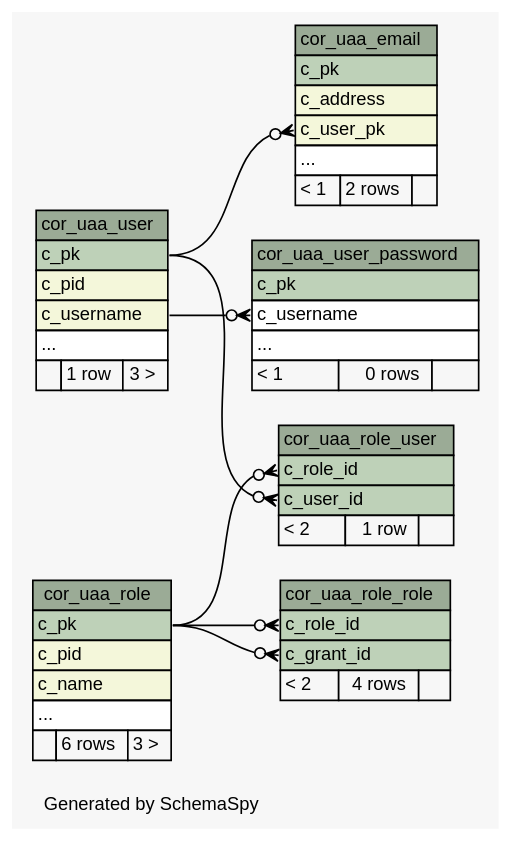
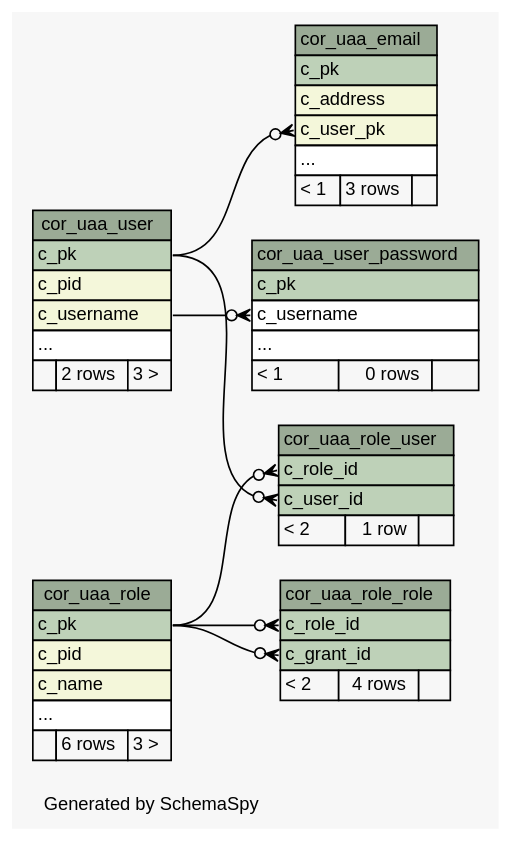
One commit to openwms/org.openwms.core.uaa changed the diagram in 2.0.0-SNAPSHOT/schemaspy/diagrams/summary/relationships.real.compact.dot. Above: the diagram before and after it, drawn with Graphviz. The commit also changed 324 other files, not shown here.

```diff
--- a/2.0.0-SNAPSHOT/schemaspy/diagrams/summary/relationships.real.compact.dot
+++ b/2.0.0-SNAPSHOT/schemaspy/diagrams/summary/relationships.real.compact.dot
@@ -1,101 +1,101 @@
 // dot 2.43.0 on Linux 5.15.0-1020-azure
 // SchemaSpy rev Unknown
 digraph "compactRelationshipsDiagram" {
   graph [
     rankdir="RL"
     bgcolor="#f7f7f7"
     label="\nGenerated by SchemaSpy"
     labeljust="l"
     nodesep="0.18"
     ranksep="0.46"
     fontname="Helvetica"
     fontsize="11"
   ];
   node [
     fontname="Helvetica"
     fontsize="11"
     shape="plaintext"
   ];
   edge [
     arrowsize="0.8"
   ];
   "cor_uaa_email" [
     label=<
     <TABLE BORDER="0" CELLBORDER="1" CELLSPACING="0" BGCOLOR="#ffffff">
       <TR><TD COLSPAN="3" BGCOLOR="#9bab96" ALIGN="CENTER">cor_uaa_email</TD></TR>
       <TR><TD PORT="c_pk" COLSPAN="3" BGCOLOR="#bed1b8" ALIGN="LEFT">c_pk</TD></TR>
       <TR><TD PORT="c_address" COLSPAN="3" BGCOLOR="#f4f7da" ALIGN="LEFT">c_address</TD></TR>
       <TR><TD PORT="c_user_pk" COLSPAN="3" BGCOLOR="#f4f7da" ALIGN="LEFT">c_user_pk</TD></TR>
       <TR><TD PORT="elipses" COLSPAN="3" ALIGN="LEFT">...</TD></TR>
-      <TR><TD ALIGN="LEFT" BGCOLOR="#f7f7f7">&lt; 1</TD><TD ALIGN="RIGHT" BGCOLOR="#f7f7f7">2 rows</TD><TD ALIGN="RIGHT" BGCOLOR="#f7f7f7">  </TD></TR>
+      <TR><TD ALIGN="LEFT" BGCOLOR="#f7f7f7">&lt; 1</TD><TD ALIGN="RIGHT" BGCOLOR="#f7f7f7">3 rows</TD><TD ALIGN="RIGHT" BGCOLOR="#f7f7f7">  </TD></TR>
     </TABLE>>
     URL="tables/cor_uaa_email.html"
     tooltip="cor_uaa_email"
   ];
   "cor_uaa_role" [
     label=<
     <TABLE BORDER="0" CELLBORDER="1" CELLSPACING="0" BGCOLOR="#ffffff">
       <TR><TD COLSPAN="3" BGCOLOR="#9bab96" ALIGN="CENTER">cor_uaa_role</TD></TR>
       <TR><TD PORT="c_pk" COLSPAN="3" BGCOLOR="#bed1b8" ALIGN="LEFT">c_pk</TD></TR>
       <TR><TD PORT="c_pid" COLSPAN="3" BGCOLOR="#f4f7da" ALIGN="LEFT">c_pid</TD></TR>
       <TR><TD PORT="c_name" COLSPAN="3" BGCOLOR="#f4f7da" ALIGN="LEFT">c_name</TD></TR>
       <TR><TD PORT="elipses" COLSPAN="3" ALIGN="LEFT">...</TD></TR>
       <TR><TD ALIGN="LEFT" BGCOLOR="#f7f7f7">  </TD><TD ALIGN="RIGHT" BGCOLOR="#f7f7f7">6 rows</TD><TD ALIGN="RIGHT" BGCOLOR="#f7f7f7">3 &gt;</TD></TR>
     </TABLE>>
     URL="tables/cor_uaa_role.html"
     tooltip="cor_uaa_role"
   ];
   "cor_uaa_role_role" [
     label=<
     <TABLE BORDER="0" CELLBORDER="1" CELLSPACING="0" BGCOLOR="#ffffff">
       <TR><TD COLSPAN="3" BGCOLOR="#9bab96" ALIGN="CENTER">cor_uaa_role_role</TD></TR>
       <TR><TD PORT="c_role_id" COLSPAN="3" BGCOLOR="#bed1b8" ALIGN="LEFT">c_role_id</TD></TR>
       <TR><TD PORT="c_grant_id" COLSPAN="3" BGCOLOR="#bed1b8" ALIGN="LEFT">c_grant_id</TD></TR>
       <TR><TD ALIGN="LEFT" BGCOLOR="#f7f7f7">&lt; 2</TD><TD ALIGN="RIGHT" BGCOLOR="#f7f7f7">4 rows</TD><TD ALIGN="RIGHT" BGCOLOR="#f7f7f7">  </TD></TR>
     </TABLE>>
     URL="tables/cor_uaa_role_role.html"
     tooltip="cor_uaa_role_role"
   ];
   "cor_uaa_role_user" [
     label=<
     <TABLE BORDER="0" CELLBORDER="1" CELLSPACING="0" BGCOLOR="#ffffff">
       <TR><TD COLSPAN="3" BGCOLOR="#9bab96" ALIGN="CENTER">cor_uaa_role_user</TD></TR>
       <TR><TD PORT="c_role_id" COLSPAN="3" BGCOLOR="#bed1b8" ALIGN="LEFT">c_role_id</TD></TR>
       <TR><TD PORT="c_user_id" COLSPAN="3" BGCOLOR="#bed1b8" ALIGN="LEFT">c_user_id</TD></TR>
       <TR><TD ALIGN="LEFT" BGCOLOR="#f7f7f7">&lt; 2</TD><TD ALIGN="RIGHT" BGCOLOR="#f7f7f7">1 row</TD><TD ALIGN="RIGHT" BGCOLOR="#f7f7f7">  </TD></TR>
     </TABLE>>
     URL="tables/cor_uaa_role_user.html"
     tooltip="cor_uaa_role_user"
   ];
   "cor_uaa_user" [
     label=<
     <TABLE BORDER="0" CELLBORDER="1" CELLSPACING="0" BGCOLOR="#ffffff">
       <TR><TD COLSPAN="3" BGCOLOR="#9bab96" ALIGN="CENTER">cor_uaa_user</TD></TR>
       <TR><TD PORT="c_pk" COLSPAN="3" BGCOLOR="#bed1b8" ALIGN="LEFT">c_pk</TD></TR>
       <TR><TD PORT="c_pid" COLSPAN="3" BGCOLOR="#f4f7da" ALIGN="LEFT">c_pid</TD></TR>
       <TR><TD PORT="c_username" COLSPAN="3" BGCOLOR="#f4f7da" ALIGN="LEFT">c_username</TD></TR>
       <TR><TD PORT="elipses" COLSPAN="3" ALIGN="LEFT">...</TD></TR>
-      <TR><TD ALIGN="LEFT" BGCOLOR="#f7f7f7">  </TD><TD ALIGN="RIGHT" BGCOLOR="#f7f7f7">1 row</TD><TD ALIGN="RIGHT" BGCOLOR="#f7f7f7">3 &gt;</TD></TR>
+      <TR><TD ALIGN="LEFT" BGCOLOR="#f7f7f7">  </TD><TD ALIGN="RIGHT" BGCOLOR="#f7f7f7">2 rows</TD><TD ALIGN="RIGHT" BGCOLOR="#f7f7f7">3 &gt;</TD></TR>
     </TABLE>>
     URL="tables/cor_uaa_user.html"
     tooltip="cor_uaa_user"
   ];
   "cor_uaa_user_password" [
     label=<
     <TABLE BORDER="0" CELLBORDER="1" CELLSPACING="0" BGCOLOR="#ffffff">
       <TR><TD COLSPAN="3" BGCOLOR="#9bab96" ALIGN="CENTER">cor_uaa_user_password</TD></TR>
       <TR><TD PORT="c_pk" COLSPAN="3" BGCOLOR="#bed1b8" ALIGN="LEFT">c_pk</TD></TR>
       <TR><TD PORT="c_username" COLSPAN="3" ALIGN="LEFT">c_username</TD></TR>
       <TR><TD PORT="elipses" COLSPAN="3" ALIGN="LEFT">...</TD></TR>
       <TR><TD ALIGN="LEFT" BGCOLOR="#f7f7f7">&lt; 1</TD><TD ALIGN="RIGHT" BGCOLOR="#f7f7f7">0 rows</TD><TD ALIGN="RIGHT" BGCOLOR="#f7f7f7">  </TD></TR>
     </TABLE>>
     URL="tables/cor_uaa_user_password.html"
     tooltip="cor_uaa_user_password"
   ];
   "cor_uaa_email":"c_user_pk":w -> "cor_uaa_user":"c_pk":e [arrowhead=none dir=back arrowtail=crowodot];
   "cor_uaa_role_role":"c_grant_id":w -> "cor_uaa_role":"c_pk":e [arrowhead=none dir=back arrowtail=crowodot];
   "cor_uaa_role_role":"c_role_id":w -> "cor_uaa_role":"c_pk":e [arrowhead=none dir=back arrowtail=crowodot];
   "cor_uaa_role_user":"c_role_id":w -> "cor_uaa_role":"c_pk":e [arrowhead=none dir=back arrowtail=crowodot];
   "cor_uaa_role_user":"c_user_id":w -> "cor_uaa_user":"c_pk":e [arrowhead=none dir=back arrowtail=crowodot];
   "cor_uaa_user_password":"c_username":w -> "cor_uaa_user":"c_username":e [arrowhead=none dir=back arrowtail=crowodot];
 }
```
